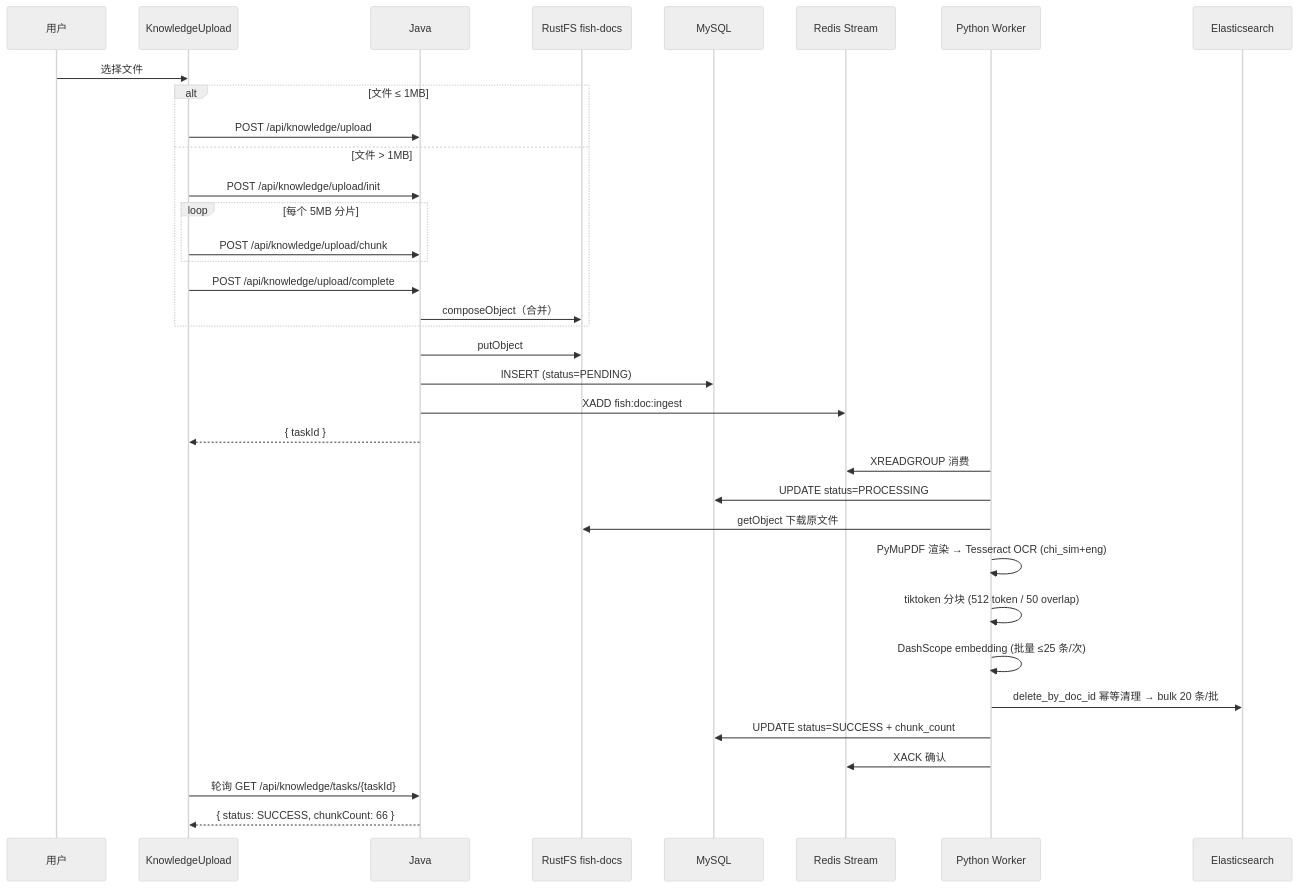
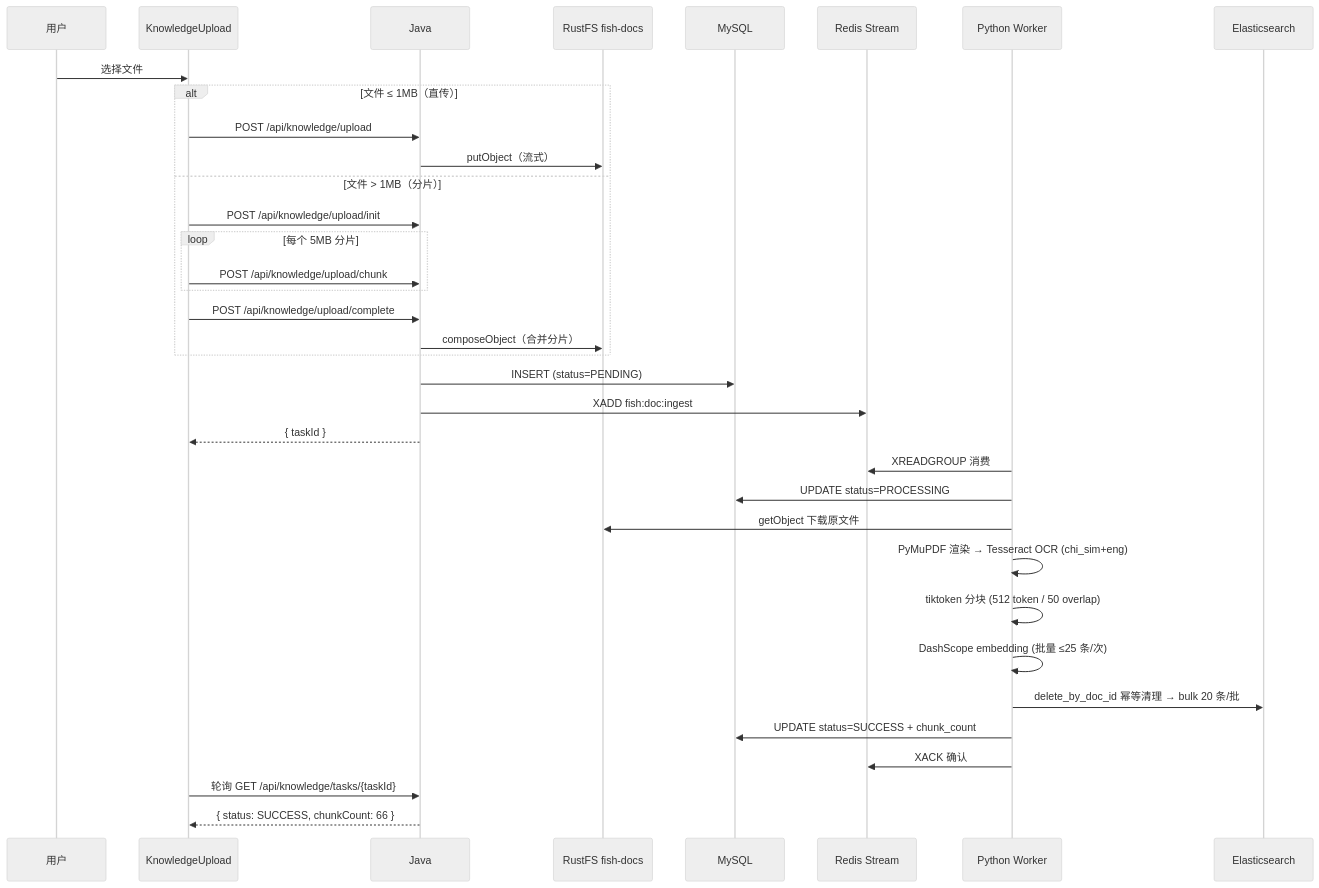
The third of 3 diagrams in README.md (Yuyu123fish/Fish-Agent), drawn with Mermaid (neutral theme) before and after one commit. The commit also changed other lines of this file, not shown here.

Commit message:
更正了readme.md

````diff
--- a/README.md
+++ b/README.md
@@ -112,40 +112,40 @@
 ```mermaid
 sequenceDiagram
     participant U as 用户
     participant FE as KnowledgeUpload
     participant BE as Java
     participant RustFS as RustFS fish-docs
     participant MySQL as MySQL
     participant Stream as Redis Stream
     participant Worker as Python Worker
     participant ES as Elasticsearch
 
     U->>FE: 选择文件
-    alt 文件 ≤ 1MB
+    alt 文件 ≤ 1MB（直传）
         FE->>BE: POST /api/knowledge/upload
-    else 文件 > 1MB
+        BE->>RustFS: putObject（流式）
+    else 文件 > 1MB（分片）
         FE->>BE: POST /api/knowledge/upload/init
         loop 每个 5MB 分片
             FE->>BE: POST /api/knowledge/upload/chunk
         end
         FE->>BE: POST /api/knowledge/upload/complete
-        BE->>RustFS: composeObject（合并）
+        BE->>RustFS: composeObject（合并分片）
     end
-    BE->>RustFS: putObject
     BE->>MySQL: INSERT (status=PENDING)
     BE->>Stream: XADD fish:doc:ingest
     BE-->>FE: { taskId }
 
     Worker->>Stream: XREADGROUP 消费
     Worker->>MySQL: UPDATE status=PROCESSING
     Worker->>RustFS: getObject 下载原文件
     Worker->>Worker: PyMuPDF 渲染 → Tesseract OCR (chi_sim+eng)
     Worker->>Worker: tiktoken 分块 (512 token / 50 overlap)
     Worker->>Worker: DashScope embedding (批量 ≤25 条/次)
     Worker->>ES: delete_by_doc_id 幂等清理 → bulk 20 条/批
     Worker->>MySQL: UPDATE status=SUCCESS + chunk_count
     Worker->>Stream: XACK 确认
 
     FE->>BE: 轮询 GET /api/knowledge/tasks/{taskId}
     BE-->>FE: { status: SUCCESS, chunkCount: 66 }
 ```
````
